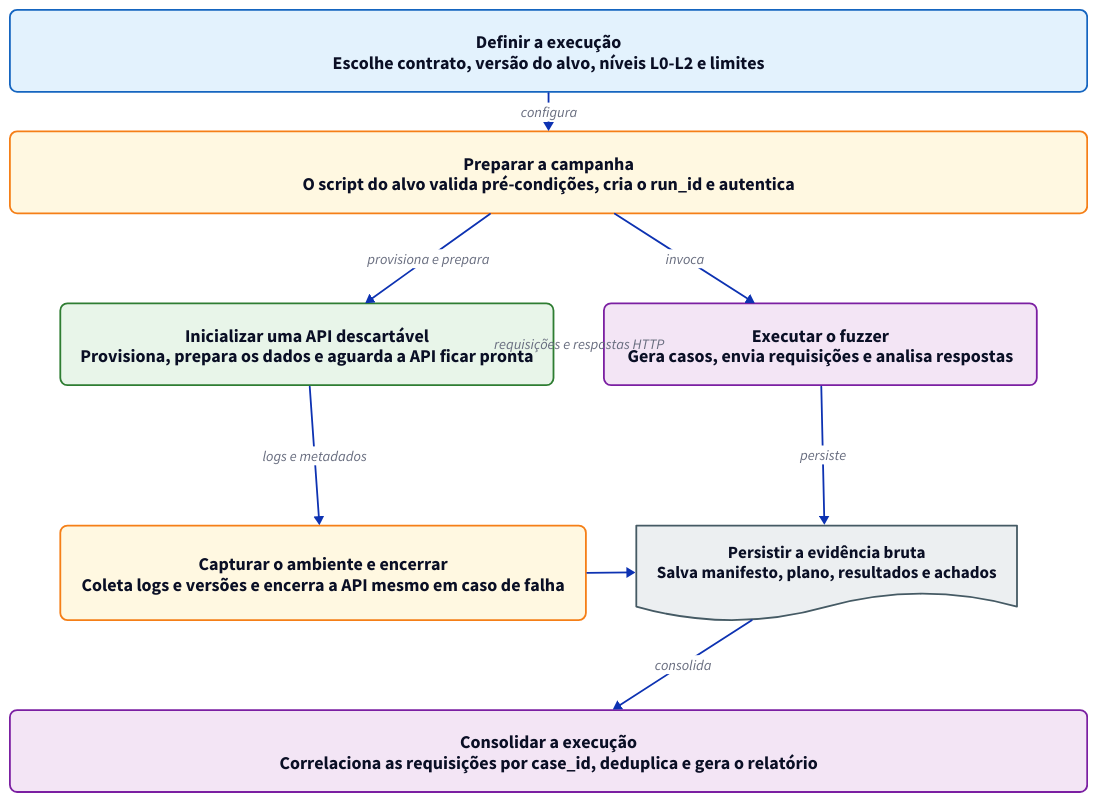
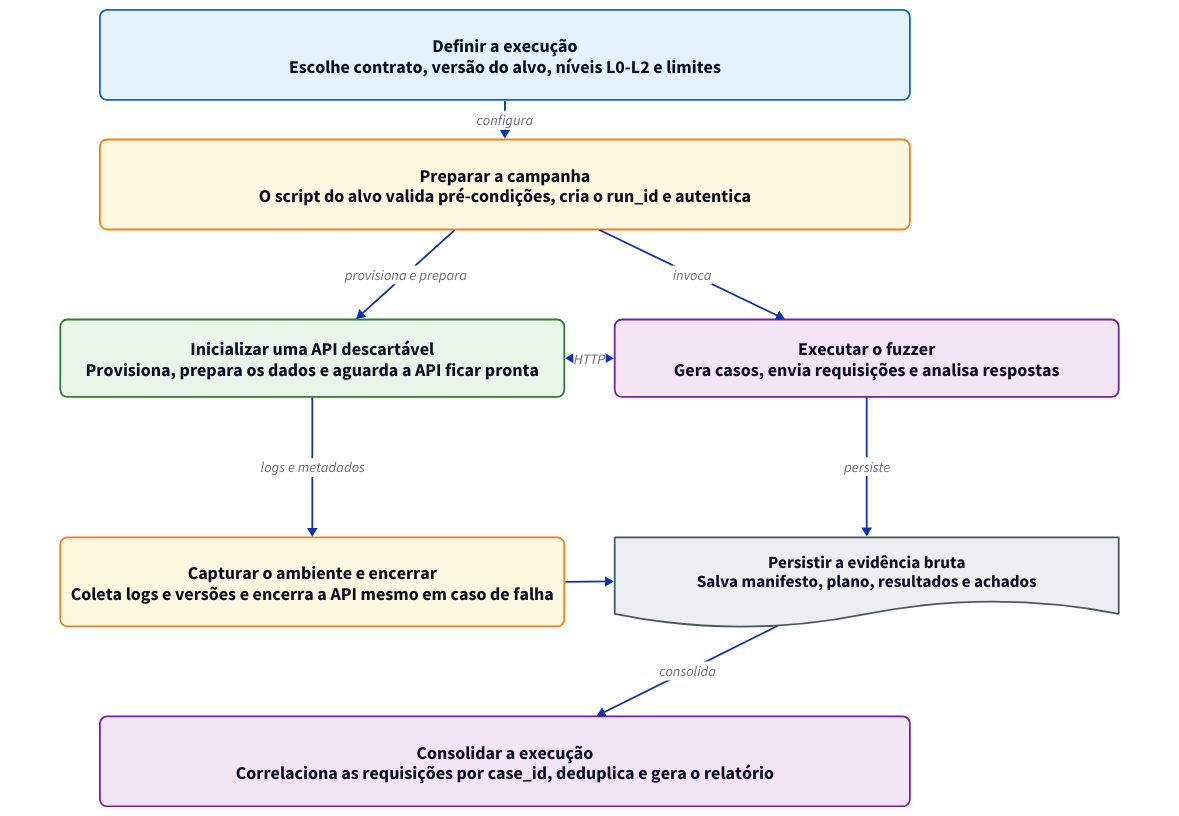
The diagram in docs/Diagrams/experimental-architecture.d2 (Levi-21545/api-fuzzer), drawn with D2 before and after one commit. The commit also changed 6 other files, not shown here.

Commit message:
docs: update system architecture diagram and adjust figure size in development section

```diff
--- a/docs/Diagrams/experimental-architecture.d2
+++ b/docs/Diagrams/experimental-architecture.d2
@@ -1,108 +1,146 @@
 # Ciclo de uma execução experimental isolada
 # d2 --layout elk --pad 32 experimental-architecture.d2 experimental-architecture.svg
 
 direction: down
 grid-columns: 1
 grid-gap: 44
 style.fill: "#FFFFFF"
 
 classes: {
   setup: {
     style: {
       fill: "#E3F2FD"
       stroke: "#1565C0"
       stroke-width: 2
       border-radius: 8
       font-size: 20
     }
   }
   control: {
     style: {
       fill: "#FFF8E1"
       stroke: "#F57F17"
       stroke-width: 2
       border-radius: 8
       font-size: 20
     }
   }
   runtime: {
     style: {
       fill: "#E8F5E9"
       stroke: "#2E7D32"
       stroke-width: 2
       border-radius: 8
       font-size: 20
     }
   }
   process: {
     style: {
       fill: "#F3E5F5"
       stroke: "#7B1FA2"
       stroke-width: 2
       border-radius: 8
       font-size: 20
     }
   }
   evidence: {
     shape: document
     style: {
       fill: "#ECEFF1"
       stroke: "#455A64"
       stroke-width: 2
       font-size: 19
     }
   }
   row: {
     style: {
       fill: transparent
       stroke: transparent
     }
   }
+  spacer: {
+    style: {
+      fill: transparent
+      stroke: transparent
+      opacity: 0
+    }
+  }
 }
 
-definition: "Definir a execução\nEscolhe contrato, versão do alvo, níveis L0-L2 e limites" {
-  class: setup
+top_row: "" {
+  grid-columns: 3
+  grid-gap: 0
+  class: row
+
+  pad_left: "" { class: spacer }
+  definition: "Definir a execução\nEscolhe contrato, versão do alvo, níveis L0-L2 e limites" {
+    class: setup
+    width: 900
+  }
+  pad_right: "" { class: spacer }
 }
 
-runner: "Preparar a campanha\nO script do alvo valida pré-condições, cria o run_id e autentica" {
-  class: control
+runner_row: "" {
+  grid-columns: 3
+  grid-gap: 0
+  class: row
+
+  pad_left: "" { class: spacer }
+  runner: "Preparar a campanha\nO script do alvo valida pré-condições, cria o run_id e autentica" {
+    class: control
+    width: 900
+  }
+  pad_right: "" { class: spacer }
 }
 
 runtime_row: "" {
   grid-columns: 2
   grid-gap: 56
   class: row
 
   target: "Inicializar uma API descartável\nProvisiona, prepara os dados e aguarda a API ficar pronta" {
     class: runtime
+    width: 560
   }
   fuzzer: "Executar o fuzzer\nGera casos, envia requisições e analisa respostas" {
     class: process
+    width: 560
   }
 }
 
 capture_row: "" {
   grid-columns: 2
   grid-gap: 56
   class: row
 
   cleanup: "Capturar o ambiente e encerrar\nColeta logs e versões e encerra a API mesmo em caso de falha" {
     class: control
+    width: 560
   }
   raw: "Persistir a evidência bruta\nSalva manifesto, plano, resultados e achados" {
     class: evidence
+    width: 560
   }
 }
 
-postprocess: "Consolidar a execução\nCorrelaciona as requisições por case_id, deduplica e gera o relatório" {
-  class: process
+final_row: "" {
+  grid-columns: 3
+  grid-gap: 0
+  class: row
+
+  pad_left: "" { class: spacer }
+  postprocess: "Consolidar a execução\nCorrelaciona as requisições por case_id, deduplica e gera o relatório" {
+    class: process
+    width: 900
+  }
+  pad_right: "" { class: spacer }
 }
 
-definition -> runner: "configura"
-runner -> runtime_row.target: "provisiona e prepara"
-runner -> runtime_row.fuzzer: "invoca"
-runtime_row.target <-> runtime_row.fuzzer: "requisições e respostas HTTP"
+top_row.definition -> runner_row.runner: "configura"
+runner_row.runner -> runtime_row.target: "provisiona e prepara"
+runner_row.runner -> runtime_row.fuzzer: "invoca"
+runtime_row.target <-> runtime_row.fuzzer: "HTTP"
 runtime_row.target -> capture_row.cleanup: "logs e metadados"
 runtime_row.fuzzer -> capture_row.raw: "persiste"
 capture_row.cleanup -> capture_row.raw
-capture_row.raw -> postprocess: "consolida"
+capture_row.raw -> final_row.postprocess: "consolida"
```
